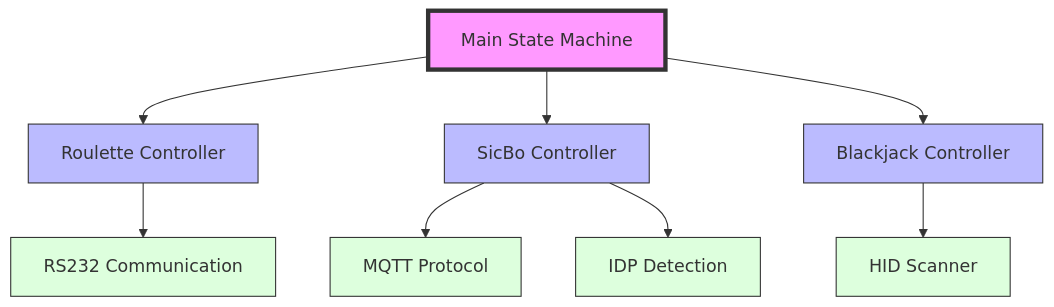
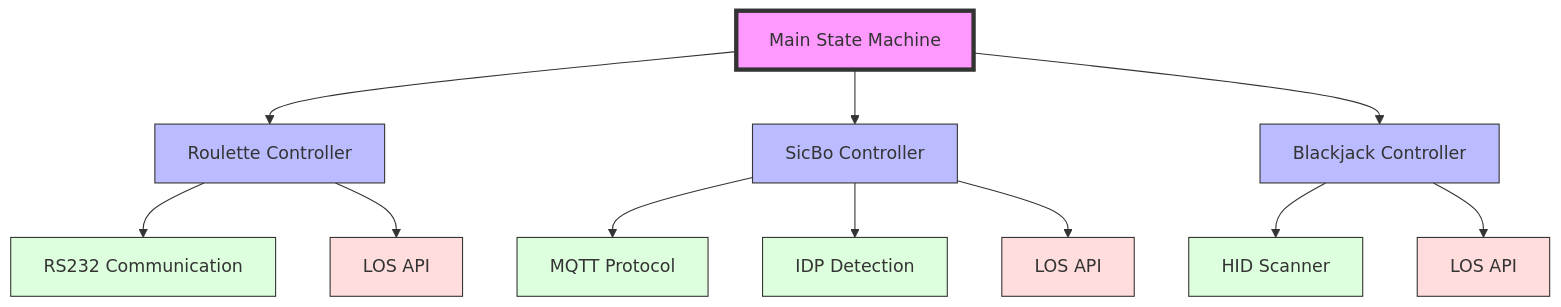
Before and after one commit to ikigai-kevin-k/studio-sdp-mirror: the sixth of 6 diagrams in src/refactor/README.md, drawn with Mermaid. The commit also changed other lines of this file, not shown here.

Commit message:
add los state transitions to readme

````diff
--- a/src/refactor/README.md
+++ b/src/refactor/README.md
@@ -114,20 +159,26 @@
 ```mermaid
 graph TD
     Main[Main State Machine] --> Roulette[Roulette Controller]
     Main --> SicBo[SicBo Controller]
     Main --> Blackjack[Blackjack Controller]
     
     Roulette --> RS232[RS232 Communication]
+    Roulette --> LOS_R[LOS API]
     SicBo --> MQTT[MQTT Protocol]
     SicBo --> IDP[IDP Detection]
+    SicBo --> LOS_S[LOS API]
     Blackjack --> HID[HID Scanner]
+    Blackjack --> LOS_B[LOS API]
     
     style Main fill:#f9f,stroke:#333,stroke-width:4px
     style Roulette fill:#bbf,stroke:#333
     style SicBo fill:#bbf,stroke:#333
     style Blackjack fill:#bbf,stroke:#333
     style RS232 fill:#dfd,stroke:#333
     style MQTT fill:#dfd,stroke:#333
     style IDP fill:#dfd,stroke:#333
     style HID fill:#dfd,stroke:#333
+    style LOS_R fill:#fdd,stroke:#333
+    style LOS_S fill:#fdd,stroke:#333
+    style LOS_B fill:#fdd,stroke:#333
 ```
````
